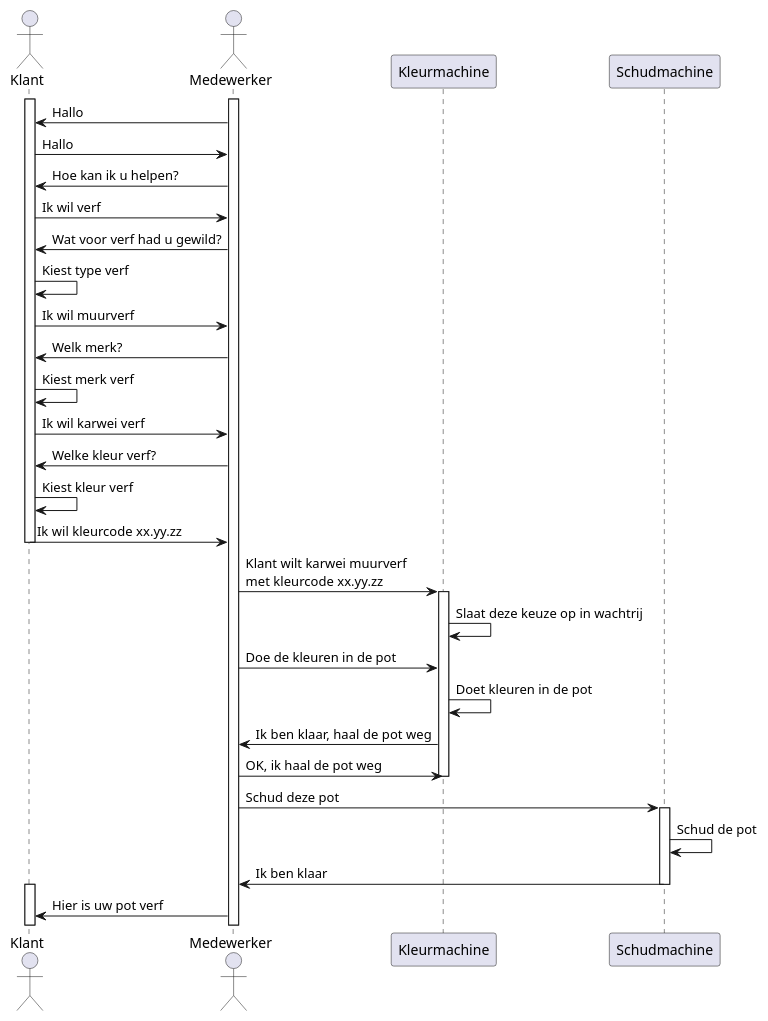
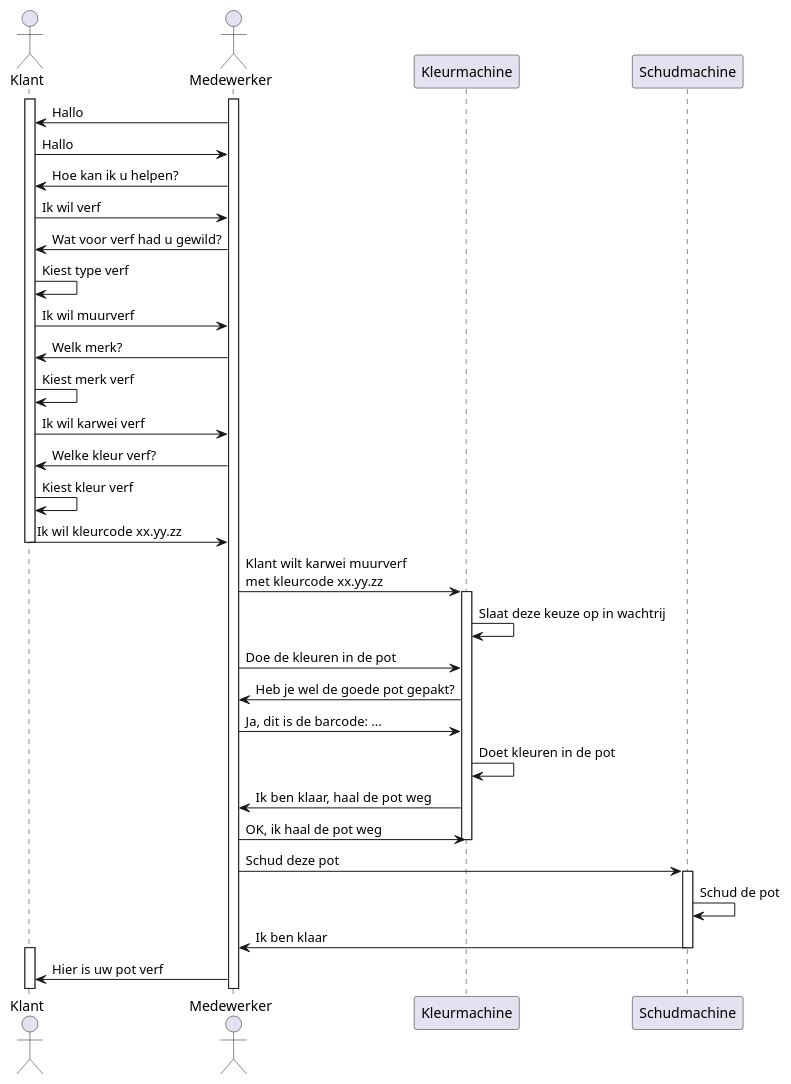
The diagram in MDBook/src/sequence_diagram.md (RickValkSaxion/Virtual_PLC_project), drawn with PlantUML before and after one commit. The commit also changed other lines of this file, not shown here.

Commit message:
Changed some wording in the sequence diagram and added explanation above

````diff
--- a/MDBook/src/sequence_diagram.md
+++ b/MDBook/src/sequence_diagram.md
@@ -5,40 +7,42 @@
 ```plantuml
 @startuml
 actor Klant as klt
 actor Medewerker as kwm
 participant Kleurmachine as klm
 participant Schudmachine as sdm
 
 activate kwm
 activate klt
 kwm -> klt : Hallo
 klt -> kwm : Hallo
 kwm -> klt : Hoe kan ik u helpen?
 klt -> kwm : Ik wil verf
 kwm -> klt : Wat voor verf had u gewild?
 klt -> klt : Kiest type verf
 klt -> kwm : Ik wil muurverf
 kwm -> klt : Welk merk?
 klt -> klt : Kiest merk verf
 klt -> kwm : Ik wil karwei verf
 kwm -> klt : Welke kleur verf?
 klt -> klt : Kiest kleur verf
 klt -> kwm : Ik wil kleurcode xx.yy.zz
 deactivate klt
 kwm -> klm : Klant wilt karwei muurverf \nmet kleurcode xx.yy.zz
 activate klm
 klm -> klm : Slaat deze keuze op in wachtrij
 kwm -> klm : Doe de kleuren in de pot
+klm -> kwm : Heb je wel de goede pot gepakt?
+kwm -> klm : Ja, dit is de barcode: ...
 klm -> klm : Doet kleuren in de pot
 klm -> kwm : Ik ben klaar, haal de pot weg
 kwm -> klm : OK, ik haal de pot weg
 deactivate klm
 kwm -> sdm : Schud deze pot
 activate sdm
 sdm -> sdm : Schud de pot
 sdm -> kwm : Ik ben klaar
 deactivate sdm
 activate klt
 kwm -> klt : Hier is uw pot verf
 @enduml
 ```
````
